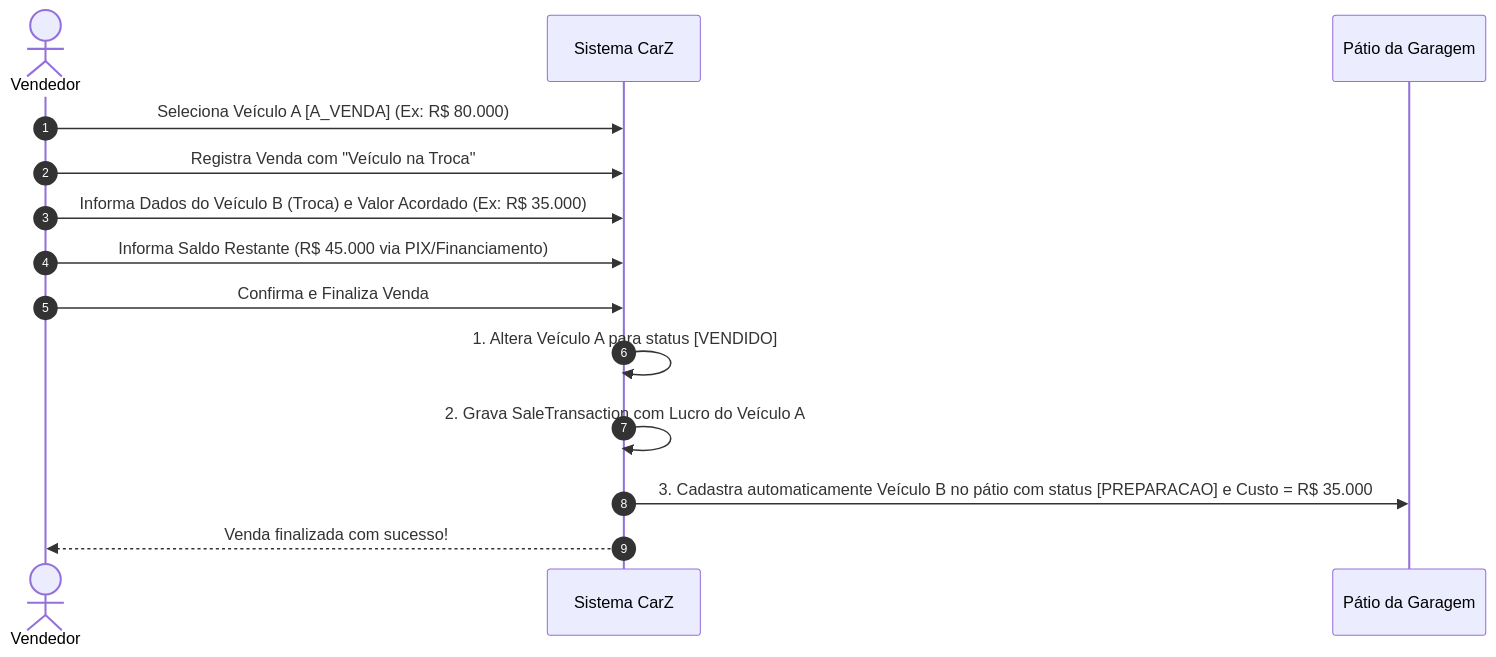
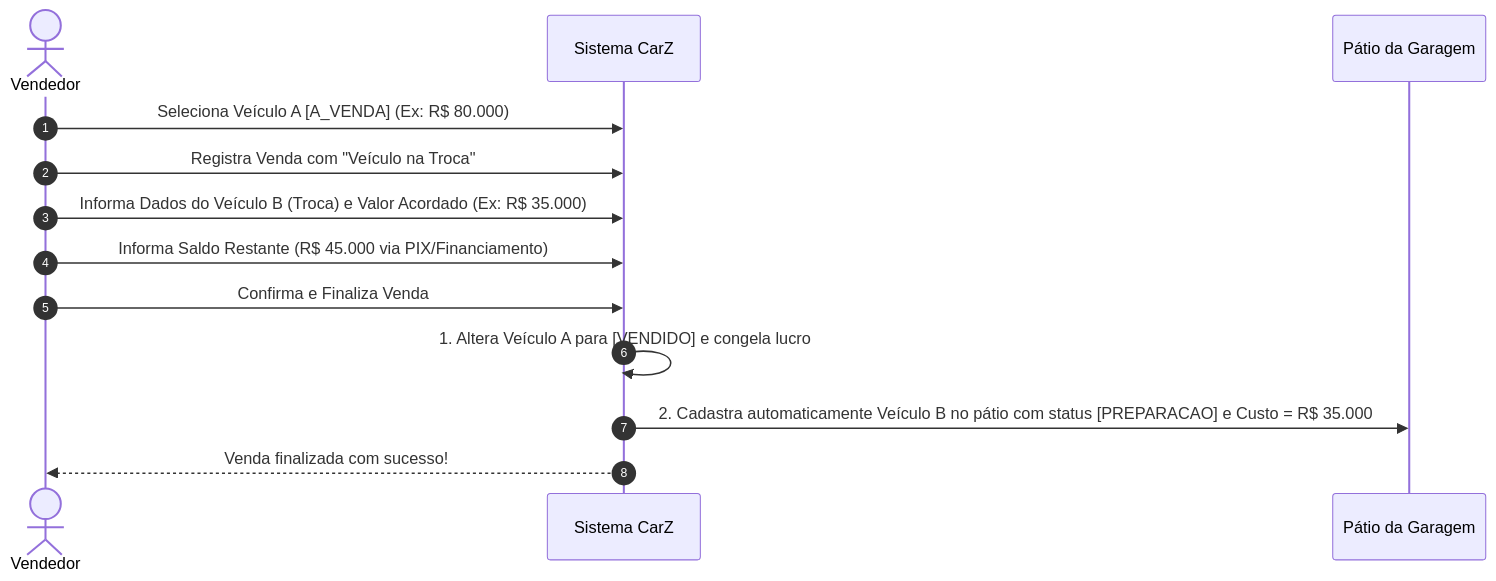
The third of 3 diagrams in openspec/04-workflows.md (Alefe-M/CarZ), drawn with Mermaid before and after one commit. The commit also changed other lines of this file and 25 other files, not shown here.

````diff
--- a/openspec/04-workflows.md
+++ b/openspec/04-workflows.md
@@ -68,18 +45,17 @@
 ```mermaid
 sequenceDiagram
     autonumber
     actor Vend as Vendedor
     participant Sys as Sistema CarZ
     participant Yard as Pátio da Garagem
     
     Vend->>Sys: Seleciona Veículo A [A_VENDA] (Ex: R$ 80.000)
     Vend->>Sys: Registra Venda com "Veículo na Troca"
     Vend->>Sys: Informa Dados do Veículo B (Troca) e Valor Acordado (Ex: R$ 35.000)
     Vend->>Sys: Informa Saldo Restante (R$ 45.000 via PIX/Financiamento)
     Vend->>Sys: Confirma e Finaliza Venda
     
-    Sys->>Sys: 1. Altera Veículo A para status [VENDIDO]
-    Sys->>Sys: 2. Grava SaleTransaction com Lucro do Veículo A
-    Sys->>Yard: 3. Cadastra automaticamente Veículo B no pátio com status [PREPARACAO] e Custo = R$ 35.000
+    Sys->>Sys: 1. Altera Veículo A para [VENDIDO] e congela lucro
+    Sys->>Yard: 2. Cadastra automaticamente Veículo B no pátio com status [PREPARACAO] e Custo = R$ 35.000
     Sys-->>Vend: Venda finalizada com sucesso!
 ```
````
